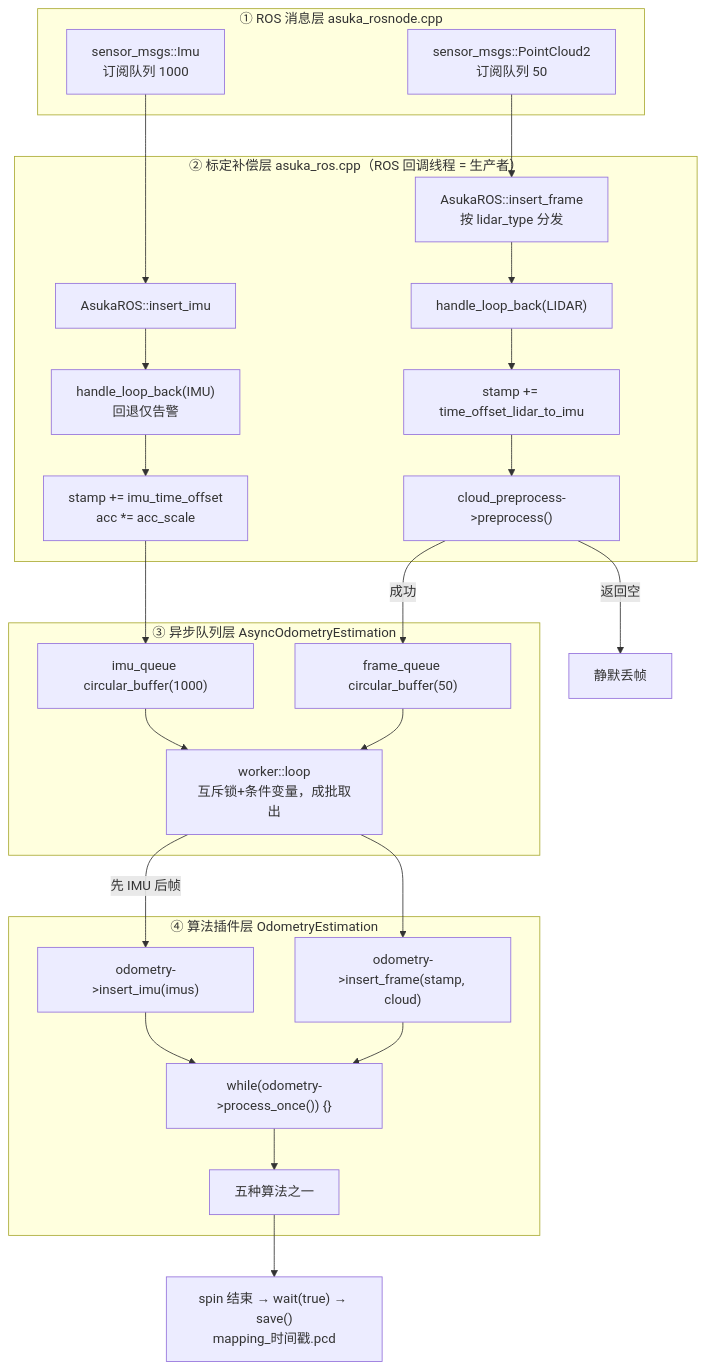
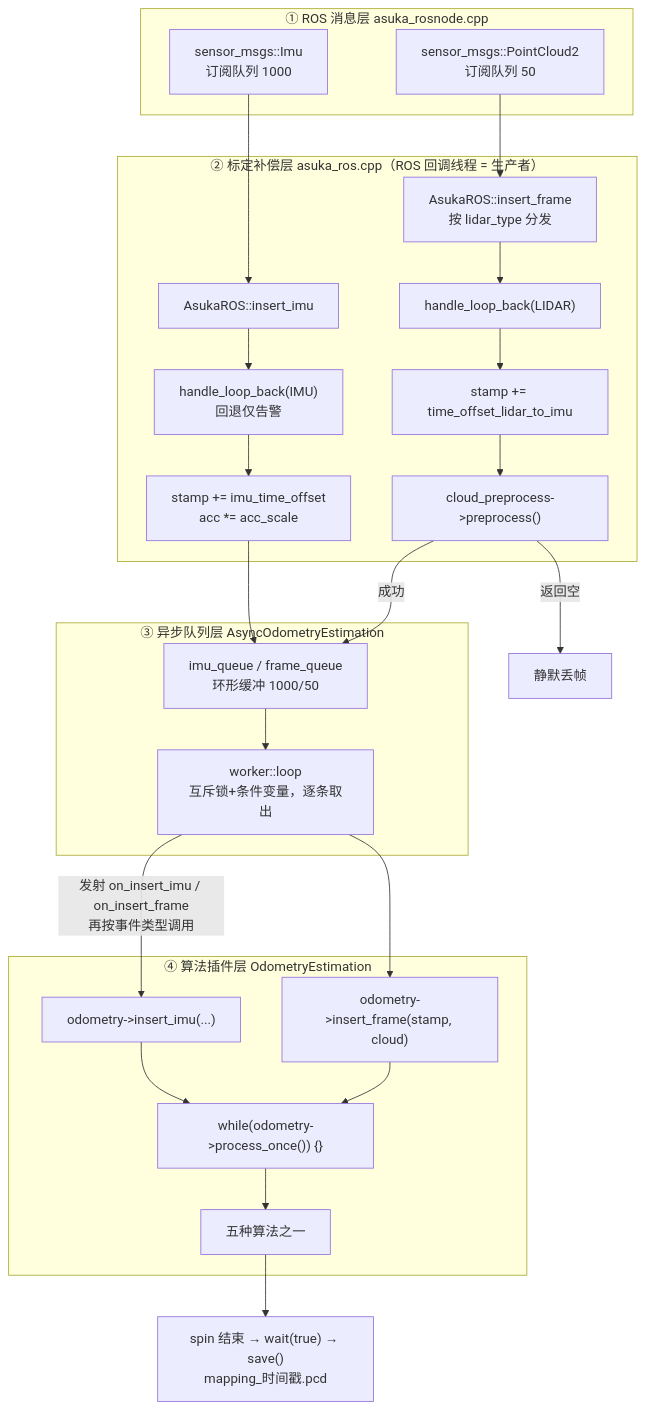
Before and after one commit to AphroraC/asuka: the diagram in docs/wiki/dataflow/01.md, drawn with Mermaid. The commit also changed other lines of this file and 30 other files, not shown here.

````diff
--- a/docs/wiki/dataflow/01.md
+++ b/docs/wiki/dataflow/01.md
@@ -20,46 +20,44 @@
 ```mermaid
 flowchart TD
     subgraph L1["① ROS 消息层 asuka_rosnode.cpp"]
         IMU["sensor_msgs::Imu<br/>订阅队列 1000"]
         PCL2["sensor_msgs::PointCloud2<br/>订阅队列 50"]
     end
 
     subgraph L2["② 标定补偿层 asuka_ros.cpp（ROS 回调线程 = 生产者）"]
         CB1["AsukaROS::insert_imu"]
         CB2["AsukaROS::insert_frame<br/>按 lidar_type 分发"]
         LB1["handle_loop_back(IMU)<br/>回退仅告警"]
         LB2["handle_loop_back(LIDAR)"]
         CAL1["stamp += imu_time_offset<br/>acc *= acc_scale"]
         CAL2["stamp += time_offset_lidar_to_imu"]
         PRE["cloud_preprocess->preprocess()"]
     end
 
     subgraph L3["③ 异步队列层 AsyncOdometryEstimation"]
-        Q1["imu_queue circular_buffer(1000)"]
-        Q2["frame_queue circular_buffer(50)"]
-        W["worker::loop<br/>互斥锁+条件变量，成批取出"]
+        Q["imu_queue / frame_queue<br/>环形缓冲 1000/50"]
+        W["worker::loop<br/>互斥锁+条件变量，逐条取出"]
     end
 
     subgraph L4["④ 算法插件层 OdometryEstimation"]
-        F1["odometry->insert_imu(imus)"]
+        F1["odometry->insert_imu(...)"]
         F2["odometry->insert_frame(stamp, cloud)"]
         D["while(odometry->process_once()) {}"]
         ALG["五种算法之一"]
     end
 
     IMU --> CB1
     PCL2 --> CB2
     CB1 --> LB1 --> CAL1
     CB2 --> LB2 --> CAL2 --> PRE
-    CAL1 --> Q1
-    PRE -->|"成功"| Q2
+    CAL1 --> Q
+    PRE -->|"成功"| Q
     PRE -->|"返回空"| DROP["静默丢帧"]
-    Q1 --> W
-    Q2 --> W
-    W -->|"先 IMU 后帧"| F1
+    Q --> W
+    W -->|"发射 on_insert_imu / on_insert_frame<br/>再按事件类型调用"| F1
     W --> F2
     F1 --> D
     F2 --> D
     D --> ALG
     ALG --> SAVE["spin 结束 → wait(true) → save()<br/>mapping_时间戳.pcd"]
 ```
````
